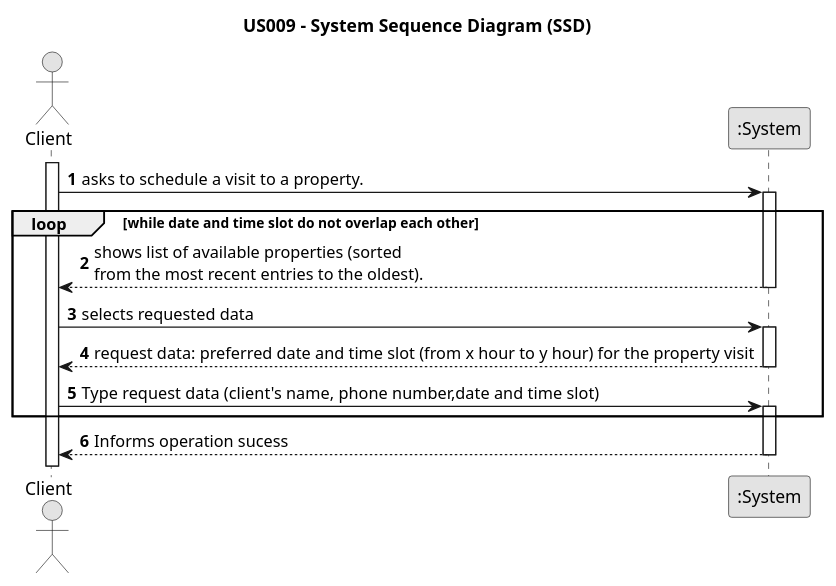
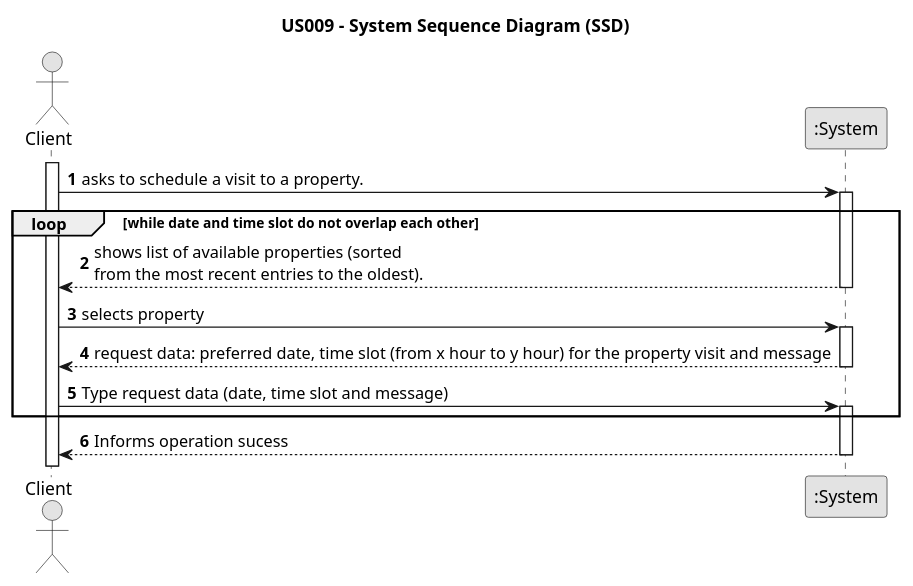
The diagram in docs/sprintC/us009/01.requirements-engineering/puml/us009-system-sequence-diagram.puml (1220812/LAPR2), drawn with PlantUML before and after one commit. The commit also changed 2 other files, not shown here.

Commit message:
US009 domain model, sequnece diagram and system sequence diagram

```diff
--- a/docs/sprintC/us009/01.requirements-engineering/puml/us009-system-sequence-diagram.puml
+++ b/docs/sprintC/us009/01.requirements-engineering/puml/us009-system-sequence-diagram.puml
@@ -1,43 +1,43 @@
 @startuml
 skinparam monochrome true
 skinparam packageStyle rectangle
 skinparam shadowing false
 
 title US009 - System Sequence Diagram (SSD)
 
 autonumber
 
 actor "Client" as Customer
 participant ":System" as System
 
 activate Customer
 
     Customer -> System : asks to schedule a visit to a property.
 
     activate System
 
     loop while date and time slot do not overlap each other
 
     System --> Customer : shows list of available properties (sorted \nfrom the most recent entries to the oldest).
 
     deactivate System
 
-    Customer -> System : selects requested data
+    Customer -> System : selects property
     activate System
 
-    System --> Customer : request data: preferred date and time slot (from x hour to y hour) for the property visit
+    System --> Customer : request data: preferred date, time slot (from x hour to y hour) for the property visit and message
 
     deactivate System
 
-    Customer -> System : Type request data (client's name, phone number,date and time slot)
+    Customer -> System : Type request data (date, time slot and message)
 
     activate System
 
     end
 
             System --> Customer : Informs operation sucess
     deactivate System
 
 
 
 @enduml
```
